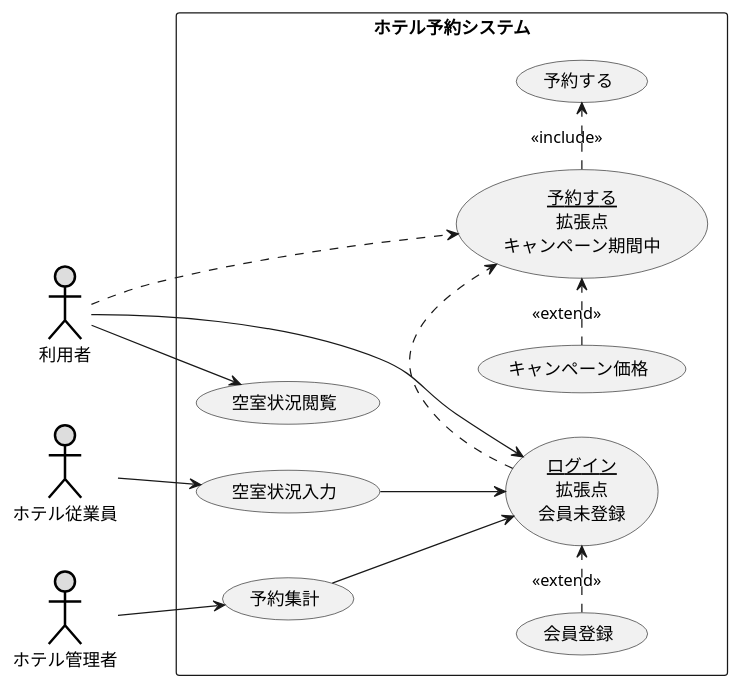
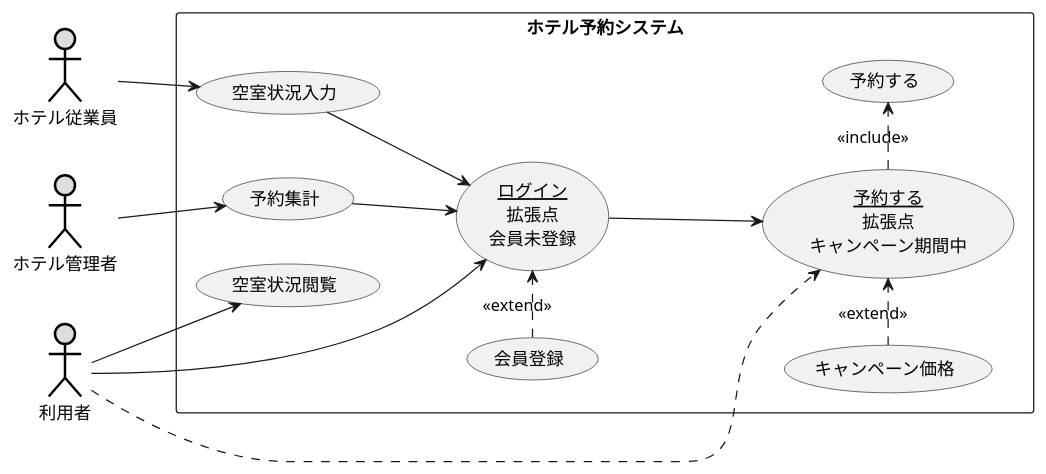
One commit to shinichiro2631/uml_intro changed the diagram in 演習2-8_UC_ホテル予約システム.pu. Above: the diagram before and after it, drawn with PlantUML. The commit also changed 9 other files, not shown here.

```diff
--- a/演習2-8_UC_ホテル予約システム.pu
+++ b/演習2-8_UC_ホテル予約システム.pu
@@ -1,27 +1,27 @@
 @startuml ユースケース図
 left to right direction
 actor 利用者 #DDDDDD;line:black;line.bold;
 actor ホテル従業員#DDDDDD;line:black;line.bold;
 actor ホテル管理者#DDDDDD;line:black;line.bold;
 rectangle ホテル予約システム{
     usecase 空室状況閲覧
     usecase 空室状況入力
     usecase 会員登録
     usecase キャンペーン価格
     usecase 予約集計
     usecase (<u>予約する</u>\n拡張点\nキャンペーン期間中) as input2
     usecase (<u>ログイン</u>\n拡張点\n会員未登録) as input
     usecase 予約する
 }
     (会員登録) .>input :<<extend>>
     利用者  --> input
-    input .> input2
+    input ---> input2
     (キャンペーン価格) .>input2 :<<extend>>
     利用者 .> input2
     利用者-->空室状況閲覧
     input2 .>予約する  : << include >>
     空室状況入力 -->input
     予約集計 -->input
     ホテル管理者-->予約集計
     ホテル従業員 -->空室状況入力
 @enduml
```
